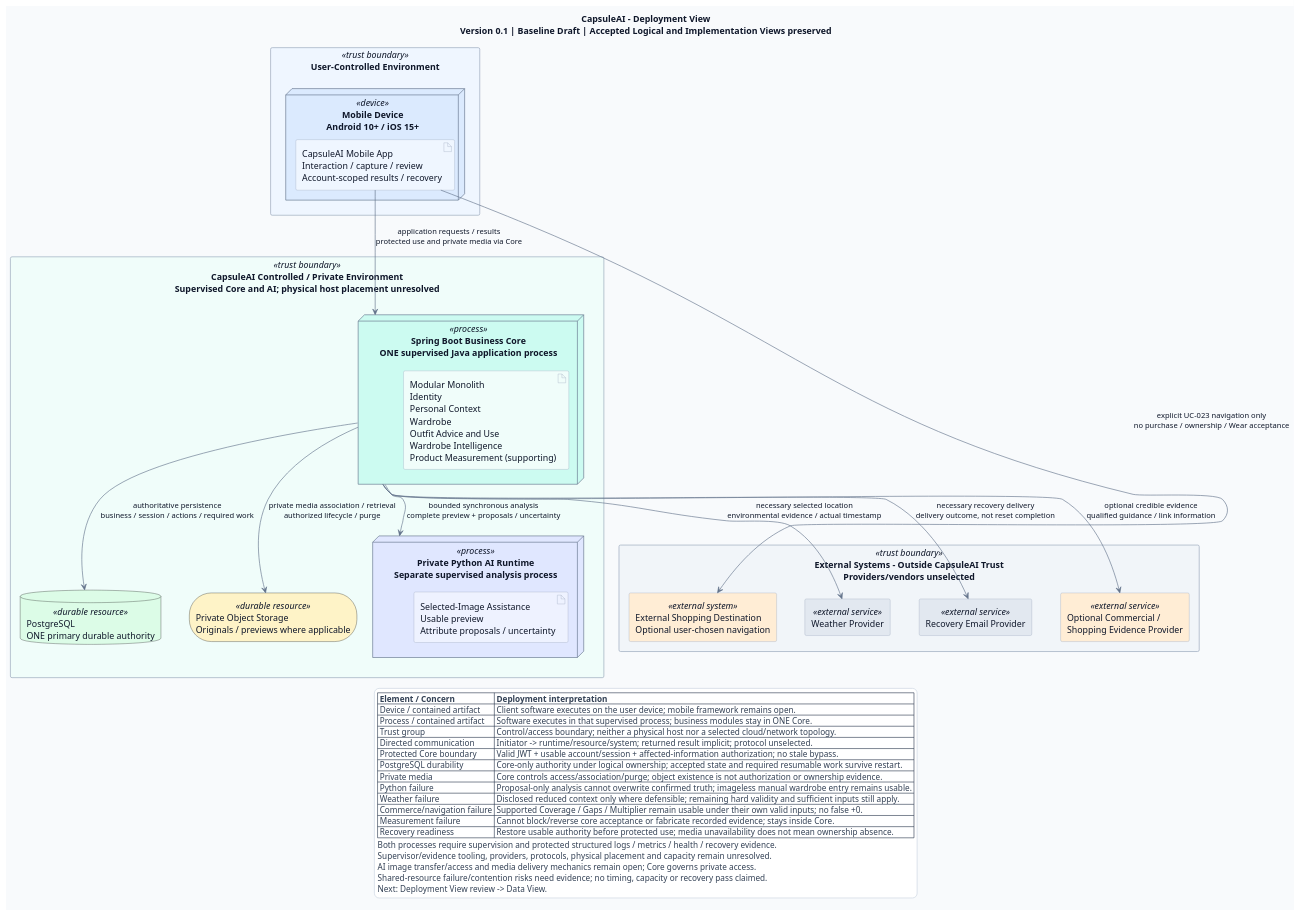
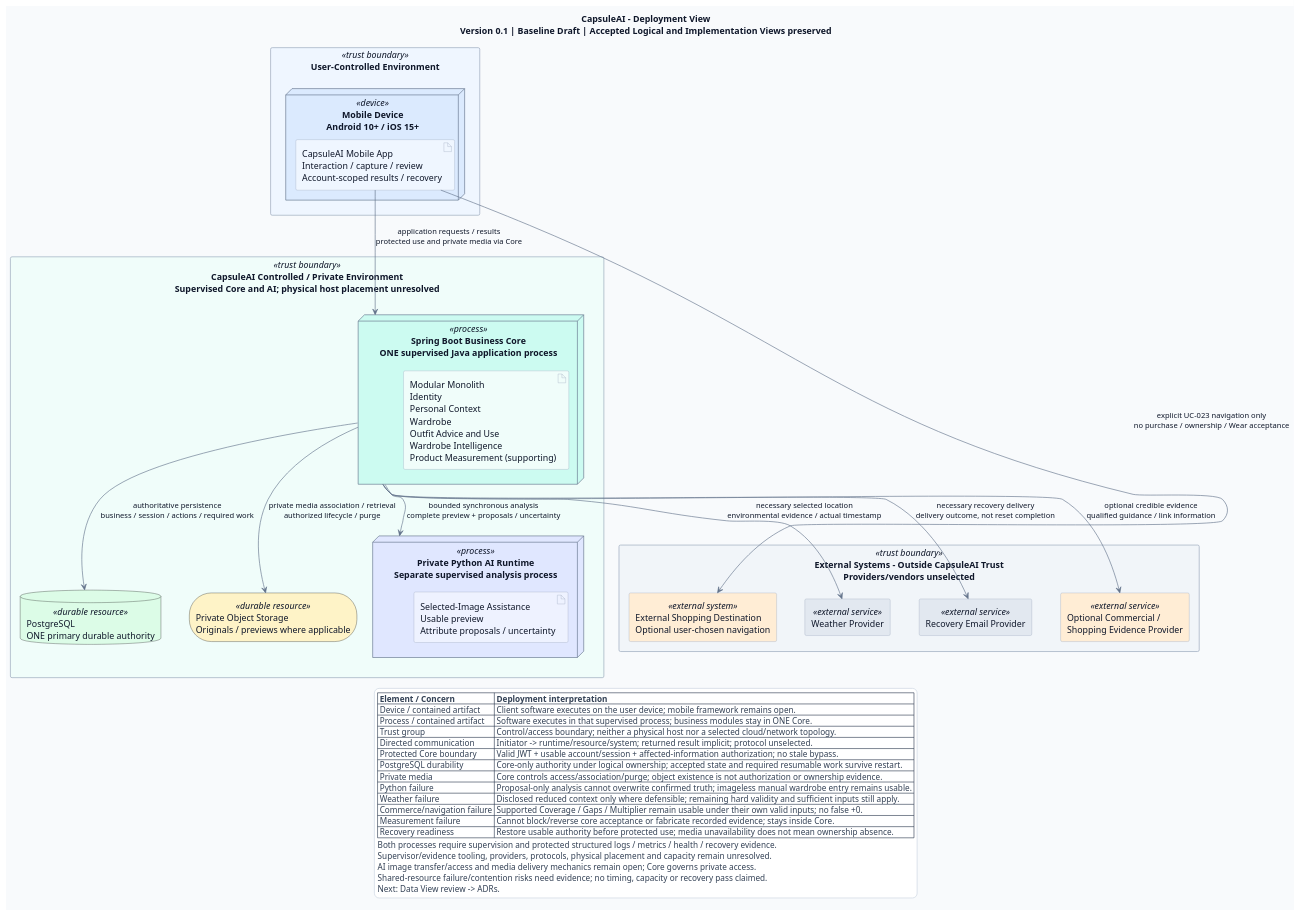
The diagram in docs/04-architecture/views/deployment-view.puml (luubinhdeptrai/CapsuleAI), drawn with PlantUML before and after one commit. The commit also changed 10 other files, not shown here.

Commit message:
v1 Data View

```diff
--- a/docs/04-architecture/views/deployment-view.puml
+++ b/docs/04-architecture/views/deployment-view.puml
@@ -1,145 +1,147 @@
 @startuml
 ' Artifact: CapsuleAI Deployment View
 ' Version: 0.1; Status: Baseline Draft; Date: 2026-10-11
 ' Primary Sources: ADD v0.1.2, Selected Architecture Decisions v0.1.3 (ADA-001-018 Selected),
 ' approved Logical View v0.1 and approved Implementation View v0.1.
 ' Human acceptance of both existing views is explicit in this Deployment View task.
 ' Source versions are authoring inputs; subsequent navigation-only patches preserve meaning.
+' Navigation update only, 2026-10-11: all three preceding views human-accepted; Data v0.1 exists.
+' Runtime/resources/trust boundaries unchanged; Data View review precedes ADRs.
 ' Process: Initial files/CapsuleAI_Scrum_Development_Workflow.md, Sections 23/39-43/46.
 ' Scope: runtime processes, deployment nodes, durable resources, external systems, communication
 ' and trust boundaries. Controlled environment denotes control, not a physical host or cloud.
 ' Not Scope: physical schema, exact cloud topology, infrastructure-as-code, network configuration,
 ' source-code internals, detailed sequences/states, provider contracts or a Data View.
 ' Repository inspection: 68 existing documentation/reference files; no source/build/config baseline.
 ' Current requirements: BRD v0.3, PRD v0.2, SRS v0.3, Business Rules v0.1.2;
 ' master Use Case Diagram, all 23 UC specifications and 12 Activity Diagrams.
 ' QA/ASR/ADA/ADD, Scrum sources and historical/reference context were re-read;
 ' complete current Implementation View re-read immediately before drawing; no owner redesign.
 '
 ' Traceability: Core/PG authority -> ADA-001/002/003/008/009/016; ASR-SEC-001, REL-001/002.
 ' AI/media -> ADA-004/005/007/012/013; ASR-PERF-001, SEC-002, INT-001; UC-007/010.
 ' Providers/navigation -> ADA-006/010/018; ASR-INT-001; UC-004/006/021-023, SI-002-004.
 ' Supervision/protected evidence -> ADA-013/014; ASR-REL-002/TEST-001; QA-REL-03/SUP-01.
 ' Internal boundaries remain those accepted in Logical/Implementation Views (ADA-015-018).
 '
 ' Validation evidence remains required, not achieved by this view (SRS Sections 2.3/12.3):
 ' NFR-PERF-001: p95 <=5 s from accepted post-transfer analysis to BOTH usable preview/proposals;
 ' include actual core/AI/media/result overhead, exclude initial upload and user review time.
 ' NFR-PERF-002: p95 <3 s from accepted request with context to FIRST COMPLETE daily result,
 ' exactly 100 confirmed garments; evaluation runs in Core using current authoritative inputs.
 ' NFR-TEST-003: 5 warm-ups, >=100 measured runs, legitimate slow runs retained, reference
 ' device/network/environment recorded. NFR-SCA-002: 20 active users is separate integrity evidence.
 ' NFR-REL-003: restore authorized core operation <=5 minutes after recoverable validation restart,
 ' accepted state intact and applicable fallbacks available; no production SLA, disaster RPO or pass.
 ' No timeout is inferred from a p95 target; numeric AI waiting policy remains downstream.
 '
 ' PostgreSQL tracks restart-surviving required owner work: association/physical deletion/retention/
 ' recovery where applicable. Local in-memory events/timers and optional measurement are insufficient.
 ' Immediate effective withdrawal is distinct from later physical purge (DATA-RET-001-003).
 ' Applicable copies/versions follow the same lifecycle; exact work scheduling/retry remains open.
 ' PG and private media are separate durable resources; no cross-resource atomicity is claimed.
 ' Python has no direct confirmed business-state or PG access; analysis never confirms a garment.
 ' AI image transfer/access and temporary authorized media delivery mechanics remain unresolved;
 ' therefore there is no direct AI or Mobile -> Object Storage path in this baseline.
 '
 ' Commercial evidence and External Shopping Destination are distinct external roles, possibly
 ' supplied by the same system; this does not require two vendors or new shopping integration.
 ' Core qualifies available evidence/link information; Mobile carries the explicit UC-023 handoff.
 ' The navigation arrow allocates client interaction, not a browser/deep-link/redirect mechanism.
 ' No purchase/ownership/Wear acceptance or unrelated private-data disclosure follows navigation.
 ' Weather acquisition retains UC-006 authority; consuming assessments use its resulting context.
 ' Personal selected-image assistance is purpose-limited; no MVP personal-data training/improvement.
 '
 ' Open: physical hosts/counts/co-location, resource sizing/model compute, runtime versions,
 ' providers/hosting, process supervisor, protocols/ports, AI image transfer, media delivery,
 ' operating evidence tooling, durable-work/recovery mechanics; resolve from actual evidence.
 ' Process separation establishes neither host separation nor immunity to shared-resource failure.
 ' No dedicated cache, broker, independently deployed business modules or cloud platform is added.
 ' Notation checked against official PlantUML documentation via Context7, 2026-10-11:
 ' https://plantuml.com/deployment-diagram and https://plantuml.com/command-line
 
 title CapsuleAI - Deployment View\nVersion 0.1 | Baseline Draft | Accepted Logical and Implementation Views preserved
 top to bottom direction
 skinparam backgroundColor #F8FAFC
 skinparam shadowing false
 skinparam defaultFontSize 14
 skinparam ArrowFontSize 12
 skinparam defaultFontColor #0F172A
 skinparam ArrowColor #64748B
 skinparam nodesep 45
 skinparam ranksep 65
 skinparam rectangle {
   BorderColor #94A3B8
   FontColor #0F172A
 }
 skinparam node {
   BorderColor #64748B
   FontColor #0F172A
 }
 skinparam artifact {
   BorderColor #94A3B8
   FontColor #0F172A
 }
 skinparam legend {
   BackgroundColor #FFFFFF
   BorderColor #CBD5E1
   FontColor #334155
   FontSize 13
 }
 
 rectangle "User-Controlled Environment" as UserBoundary <<trust boundary>> #EFF6FF {
     node "Mobile Device\nAndroid 10+ / iOS 15+" as Device <<device>> #DBEAFE {
         artifact "CapsuleAI Mobile App\nInteraction / capture / review\nAccount-scoped results / recovery" as Mobile #EFF6FF
     }
 }
 
 rectangle "CapsuleAI Controlled / Private Environment\nSupervised Core and AI; physical host placement unresolved" as PrivateBoundary <<trust boundary>> #F0FDFA {
     node "Spring Boot Business Core\nONE supervised Java application process" as Core <<process>> #CCFBF1 {
         artifact "Modular Monolith\nIdentity\nPersonal Context\nWardrobe\nOutfit Advice and Use\nWardrobe Intelligence\nProduct Measurement (supporting)" as BusinessApp #F0FDFA
     }
     node "Private Python AI Runtime\nSeparate supervised analysis process" as AI <<process>> #E0E7FF {
         artifact "Selected-Image Assistance\nUsable preview\nAttribute proposals / uncertainty" as Analysis #EEF2FF
     }
     database "PostgreSQL\nONE primary durable authority" as DB <<durable resource>> #DCFCE7
     storage "Private Object Storage\nOriginals / previews where applicable" as Media <<durable resource>> #FEF3C7
 }
 
 rectangle "External Systems - Outside CapsuleAI Trust\nProviders/vendors unselected" as ExternalBoundary <<trust boundary>> #F1F5F9 {
     rectangle "Weather Provider" as Weather <<external service>> #E2E8F0
     rectangle "Recovery Email Provider" as Email <<external service>> #E2E8F0
     rectangle "Optional Commercial /\nShopping Evidence Provider" as Commerce <<external service>> #FFEDD5
     rectangle "External Shopping Destination\nOptional user-chosen navigation" as Destination <<external system>> #FFEDD5
 }
 
 ' Communication arrows show initiation direction; returned evidence/results are implicit.
 ' Registration/login/recovery also use Mobile-Core; JWT/session/ownership gates protected use.
 Mobile --> Core : application requests / results\nprotected use and private media via Core
 Core --> AI : bounded synchronous analysis\ncomplete preview + proposals / uncertainty
 Core --> DB : authoritative persistence\nbusiness / session / actions / required work
 Core --> Media : private media association / retrieval\nauthorized lifecycle / purge
 Core --> Weather : necessary selected location\nenvironmental evidence / actual timestamp
 Core --> Email : necessary recovery delivery\ndelivery outcome, not reset completion
 Core --> Commerce : optional credible evidence\nqualified guidance / link information
 Mobile -[norank]-> Destination : explicit UC-023 navigation only\nno purchase / ownership / Wear acceptance
 
 legend bottom
   |= Element / Concern |= Deployment interpretation |
   | Device / contained artifact | Client software executes on the user device; mobile framework remains open. |
   | Process / contained artifact | Software executes in that supervised process; business modules stay in ONE Core. |
   | Trust group | Control/access boundary; neither a physical host nor a selected cloud/network topology. |
   | Directed communication | Initiator -> runtime/resource/system; returned result implicit; protocol unselected. |
   | Protected Core boundary | Valid JWT + usable account/session + affected-information authorization; no stale bypass. |
   | PostgreSQL durability | Core-only authority under logical ownership; accepted state and required resumable work survive restart. |
   | Private media | Core controls access/association/purge; object existence is not authorization or ownership evidence. |
   | Python failure | Proposal-only analysis cannot overwrite confirmed truth; imageless manual wardrobe entry remains usable. |
   | Weather failure | Disclosed reduced context only where defensible; remaining hard validity and sufficient inputs still apply. |
   | Commerce/navigation failure | Supported Coverage / Gaps / Multiplier remain usable under their own valid inputs; no false +0. |
   | Measurement failure | Cannot block/reverse core acceptance or fabricate recorded evidence; stays inside Core. |
   | Recovery readiness | Restore usable authority before protected use; media unavailability does not mean ownership absence. |
   Both processes require supervision and protected structured logs / metrics / health / recovery evidence.
   Supervisor/evidence tooling, providers, protocols, physical placement and capacity remain unresolved.
   AI image transfer/access and media delivery mechanics remain open; Core governs private access.
   Shared-resource failure/contention risks need evidence; no timing, capacity or recovery pass claimed.
-  Next: Deployment View review -> Data View.
+  Next: Data View review -> ADRs.
 endlegend
 @enduml
```
